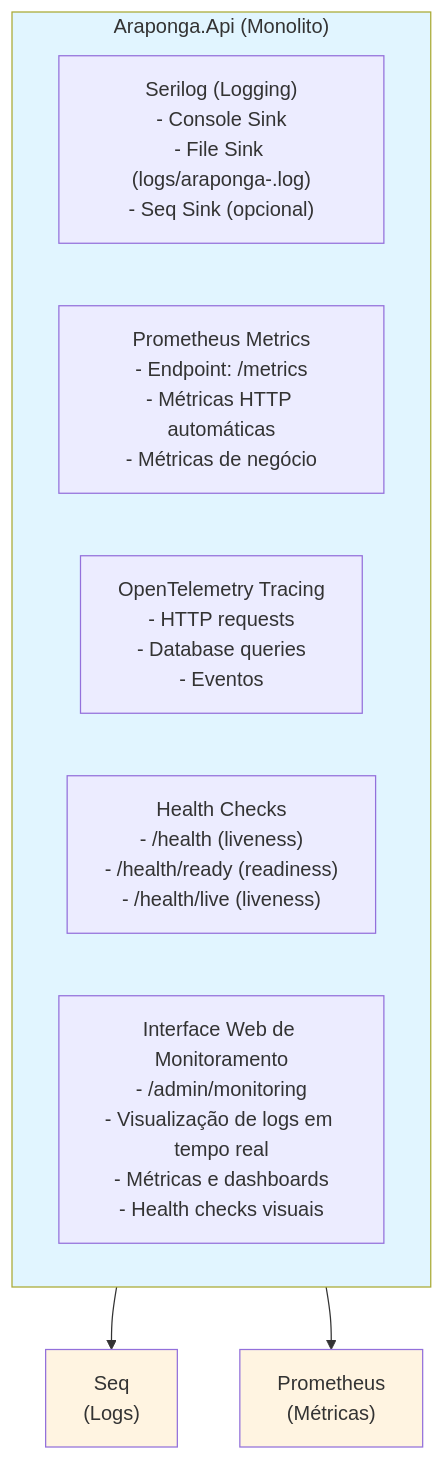
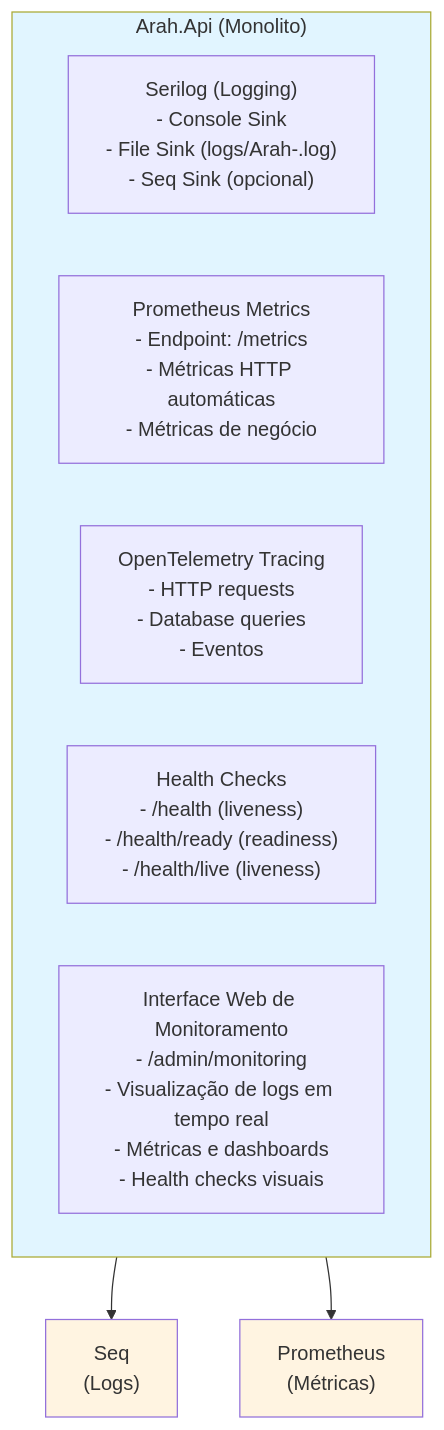
Before and after one commit to sraphaz/araponga: the first of 4 diagrams in docs/LOGS_MONITORAMENTO_ARQUITETURA.md, drawn with Mermaid. The commit also changed other lines of this file and 3488 other files, not shown here.

First line of the commit message:
chore: rebrand Araponga para Arah

````diff
--- a/docs/LOGS_MONITORAMENTO_ARQUITETURA.md
+++ b/docs/LOGS_MONITORAMENTO_ARQUITETURA.md
@@ -27,17 +27,17 @@
 ```mermaid
 graph TB
-    subgraph API["Araponga.Api (Monolito)"]
-        Serilog["Serilog (Logging)<br/>- Console Sink<br/>- File Sink (logs/araponga-.log)<br/>- Seq Sink (opcional)"]
+    subgraph API["Arah.Api (Monolito)"]
+        Serilog["Serilog (Logging)<br/>- Console Sink<br/>- File Sink (logs/Arah-.log)<br/>- Seq Sink (opcional)"]
         Prometheus["Prometheus Metrics<br/>- Endpoint: /metrics<br/>- Métricas HTTP automáticas<br/>- Métricas de negócio"]
         OpenTelemetry["OpenTelemetry Tracing<br/>- HTTP requests<br/>- Database queries<br/>- Eventos"]
         HealthChecks["Health Checks<br/>- /health (liveness)<br/>- /health/ready (readiness)<br/>- /health/live (liveness)"]
         WebInterface["Interface Web de Monitoramento<br/>- /admin/monitoring<br/>- Visualização de logs em tempo real<br/>- Métricas e dashboards<br/>- Health checks visuais"]
     end
     
     API --> Seq["Seq<br/>(Logs)"]
     API --> PrometheusService["Prometheus<br/>(Métricas)"]
     
     style API fill:#e1f5ff
     style Seq fill:#fff4e1
     style PrometheusService fill:#fff4e1
 ```
````
